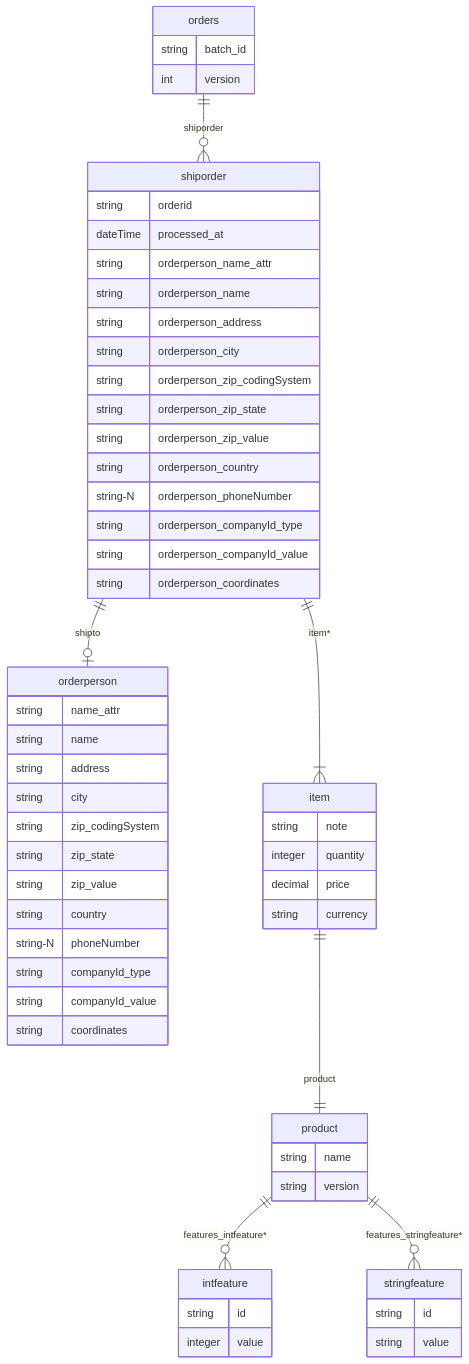
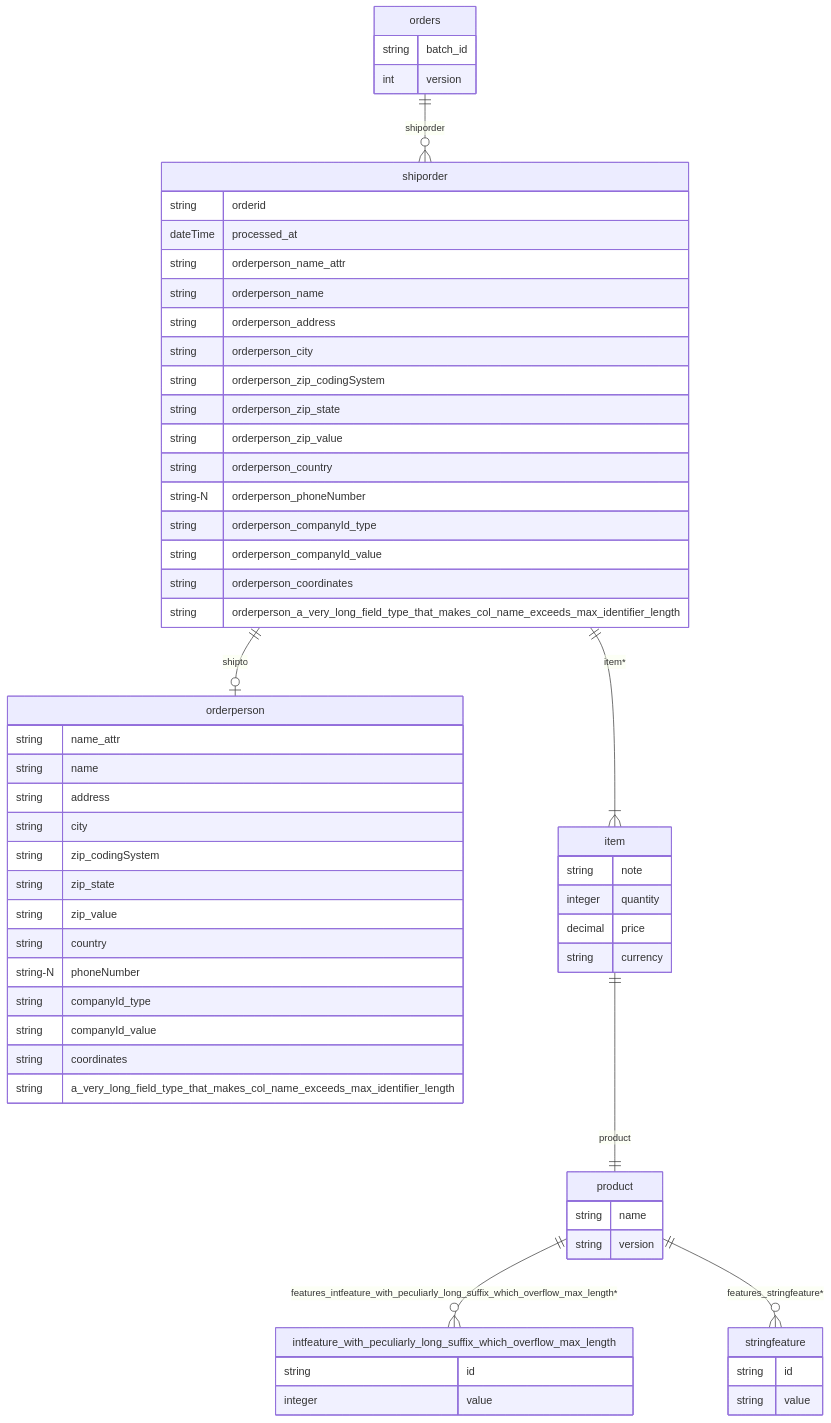
The diagram in tests/sample_models/orders/orders_erd_version2.md (cre-dev/xml2db), drawn with Mermaid before and after one commit. The commit also changed 35 other files, not shown here.

````diff
--- a/tests/sample_models/orders/orders_erd_version2.md
+++ b/tests/sample_models/orders/orders_erd_version2.md
@@ -1,61 +1,63 @@
 ```mermaid
 erDiagram
     shiporder ||--o| orderperson : "shipto"
     shiporder ||--|{ item : "item*"
     shiporder {
         string orderid
         dateTime processed_at
         string orderperson_name_attr
         string orderperson_name
         string orderperson_address
         string orderperson_city
         string orderperson_zip_codingSystem
         string orderperson_zip_state
         string orderperson_zip_value
         string orderperson_country
         string-N orderperson_phoneNumber
         string orderperson_companyId_type
         string orderperson_companyId_value
         string orderperson_coordinates
+        string orderperson_a_very_long_field_type_that_makes_col_name_exceeds_max_identifier_length
     }
     item ||--|| product : "product"
     item {
         string note
         integer quantity
         decimal price
         string currency
     }
-    product ||--o{ intfeature : "features_intfeature*"
+    product ||--o{ intfeature_with_peculiarly_long_suffix_which_overflow_max_length : "features_intfeature_with_peculiarly_long_suffix_which_overflow_max_length*"
     product ||--o{ stringfeature : "features_stringfeature*"
     product {
         string name
         string version
     }
     stringfeature {
         string id
         string value
     }
-    intfeature {
+    intfeature_with_peculiarly_long_suffix_which_overflow_max_length {
         string id
         integer value
     }
     orderperson {
         string name_attr
         string name
         string address
         string city
         string zip_codingSystem
         string zip_state
         string zip_value
         string country
         string-N phoneNumber
         string companyId_type
         string companyId_value
         string coordinates
+        string a_very_long_field_type_that_makes_col_name_exceeds_max_identifier_length
     }
     orders ||--o{ shiporder : "shiporder"
     orders {
         string batch_id
         int version
     }
 ```
````
